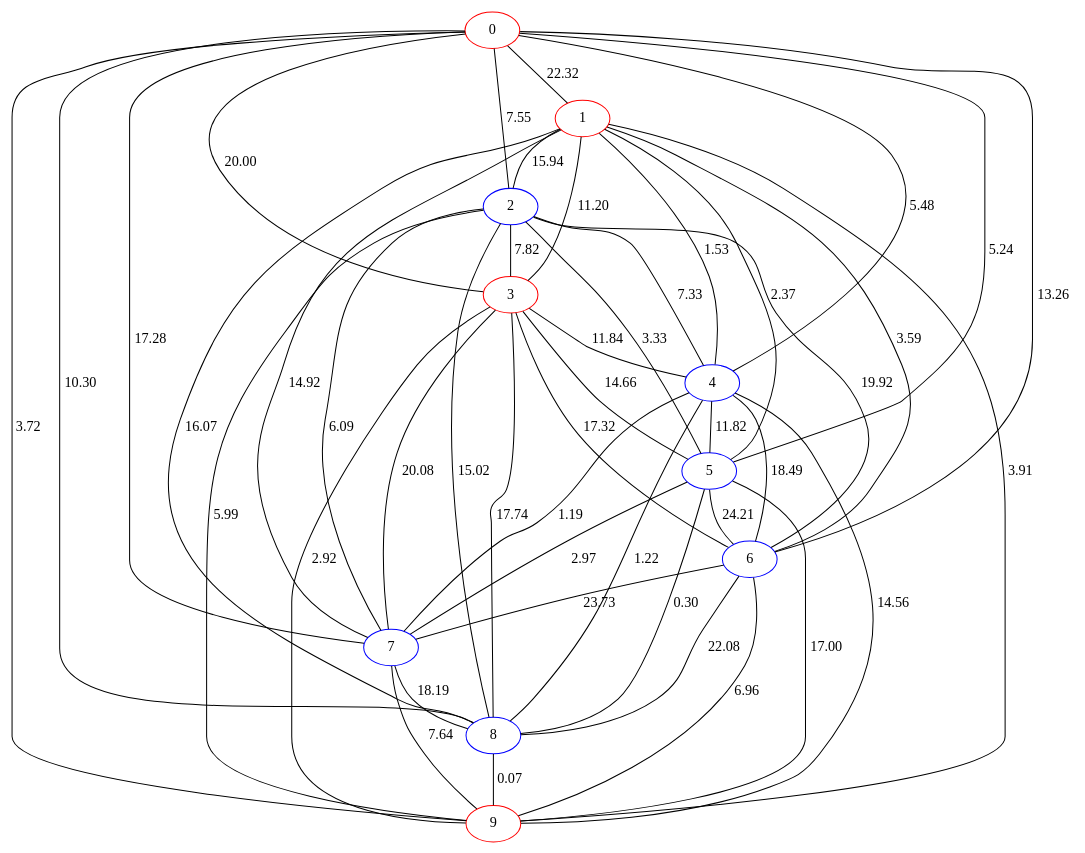
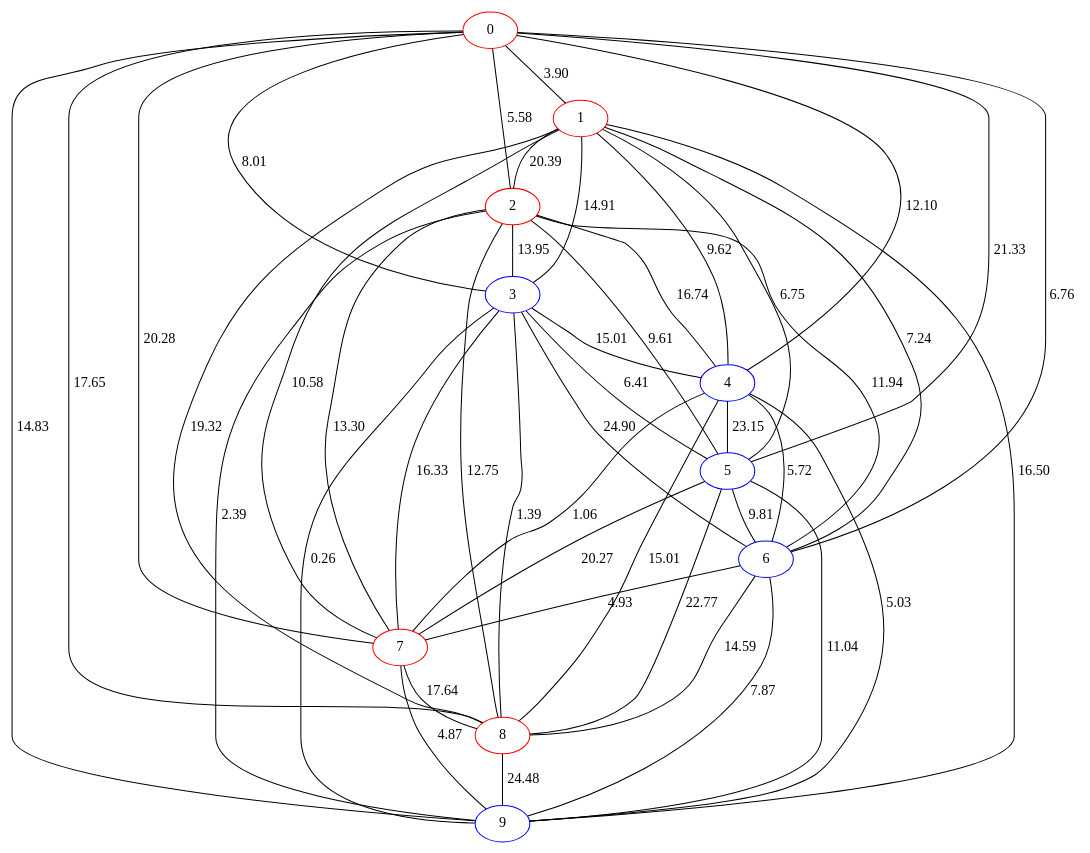
Before and after one commit to Aura9111/SteinerBA: the diagram in example/MaximumGraph10N.dot, drawn with Graphviz. The commit also changed 32 other files, not shown here.

Commit message:
modelled graphs as set of components, added tree

```diff
--- a/example/MaximumGraph10N.dot
+++ b/example/MaximumGraph10N.dot
@@ -1,47 +1,57 @@
 graph {
-0[color=red]1[color=red]2[color=blue]3[color=red]4[color=blue]5[color=blue]6[color=blue]7[color=blue]8[color=blue]9[color=red]1--7[label=14.92]
-1--8[label=16.07]
-3--9[label=2.92]
-1--5[label=2.37]
-3--8[label=17.74]
-1--6[label=3.59]
-3--7[label=20.08]
-1--3[label=11.20]
-3--6[label=17.32]
-1--4[label=1.53]
-3--5[label=14.66]
-3--4[label=11.84]
-1--2[label=15.94]
-7--8[label=18.19]
-5--6[label=24.21]
-5--7[label=2.97]
-5--8[label=0.30]
-7--9[label=7.64]
-5--9[label=17.00]
-1--9[label=3.91]
-0--6[label=13.26]
-2--9[label=5.99]
-0--7[label=17.28]
-2--8[label=15.02]
-0--4[label=5.48]
-2--7[label=6.09]
-0--5[label=5.24]
-2--6[label=19.92]
-0--2[label=7.55]
-2--5[label=3.33]
-0--3[label=20.00]
-2--4[label=7.33]
-2--3[label=7.82]
-0--1[label=22.32]
-6--7[label=23.73]
-4--5[label=11.82]
-4--6[label=18.49]
-6--9[label=6.96]
-4--7[label=1.19]
-6--8[label=22.08]
-8--9[label=0.07]
-4--8[label=1.22]
-4--9[label=14.56]
-0--8[label=10.30]
-0--9[label=3.72]
+0[color=red]
+1[color=red]
+2[color=red]
+3[color=blue]
+4[color=blue]
+5[color=blue]
+6[color=blue]
+7[color=red]
+8[color=red]
+9[color=blue]
+1--7[label=10.58]
+1--8[label=19.32]
+3--9[label=0.26]
+1--5[label=6.75]
+3--8[label=1.39]
+1--6[label=7.24]
+3--7[label=16.33]
+1--3[label=14.91]
+3--6[label=24.90]
+1--4[label=9.62]
+3--5[label=6.41]
+3--4[label=15.01]
+1--2[label=20.39]
+7--8[label=17.64]
+5--6[label=9.81]
+5--7[label=20.27]
+5--8[label=22.77]
+7--9[label=4.87]
+5--9[label=11.04]
+1--9[label=16.50]
+0--6[label=6.76]
+2--9[label=2.39]
+0--7[label=20.28]
+2--8[label=12.75]
+0--4[label=12.10]
+2--7[label=13.30]
+0--5[label=21.33]
+2--6[label=11.94]
+0--2[label=5.58]
+2--5[label=9.61]
+0--3[label=8.01]
+2--4[label=16.74]
+2--3[label=13.95]
+0--1[label=3.90]
+6--7[label=4.93]
+4--5[label=23.15]
+4--6[label=5.72]
+6--9[label=7.87]
+4--7[label=1.06]
+6--8[label=14.59]
+8--9[label=24.48]
+4--8[label=15.01]
+4--9[label=5.03]
+0--8[label=17.65]
+0--9[label=14.83]
 }
```
